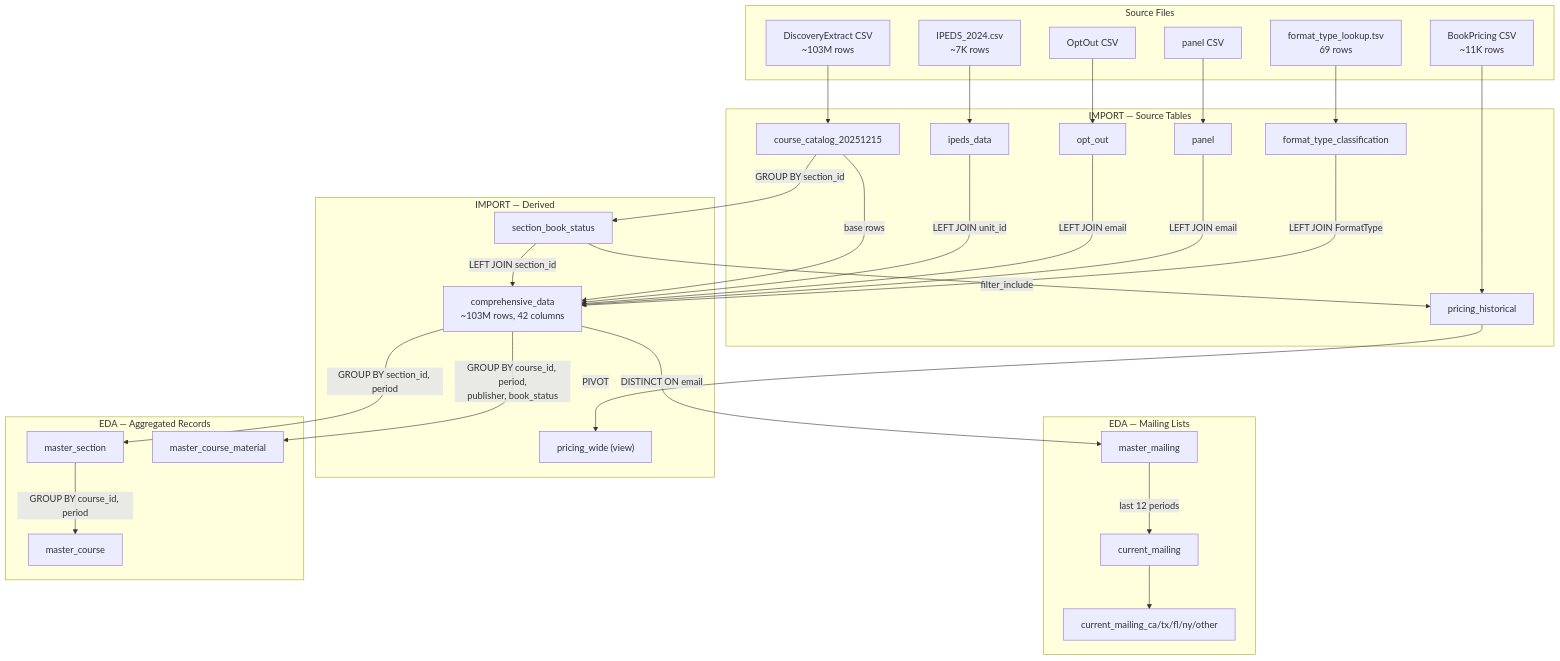
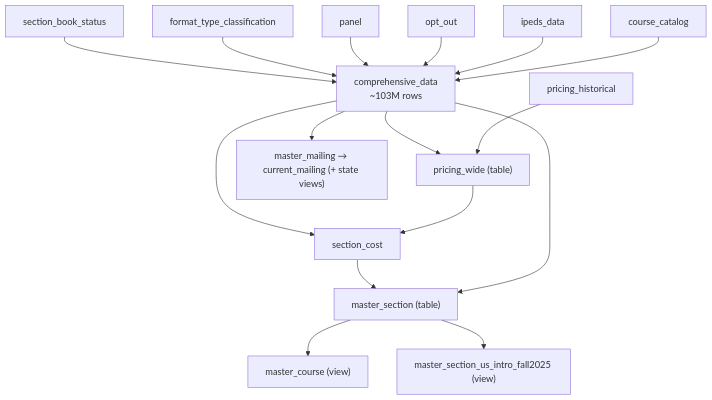
Before and after one commit to christopherseaman/commodoreSQL: the diagram in SCHEMA.md, drawn with Mermaid. The commit also changed other lines of this file and 5 other files, not shown here.

First line of the commit message:
docs: add HANDOFF.md, refresh SCHEMA/README/CLAUDE/dbml, drop stale TODO

````diff
--- a/SCHEMA.md
+++ b/SCHEMA.md
@@ -47,65 +75,18 @@
 ```mermaid
 flowchart TD
-    subgraph sources ["Source Files"]
-        csv_catalog["DiscoveryExtract CSV\n~103M rows"]
-        csv_ipeds["IPEDS_2024.csv\n~7K rows"]
-        csv_optout["OptOut CSV"]
-        csv_panel["panel CSV"]
-        csv_lookup["format_type_lookup.tsv\n69 rows"]
-        csv_pricing["BookPricing CSV\n~11K rows"]
-    end
-
-    subgraph import_tables ["IMPORT — Source Tables"]
-        catalog["course_catalog_20251215"]
-        ipeds["ipeds_data"]
-        optout["opt_out"]
-        panel["panel"]
-        ftc["format_type_classification"]
-        pricing["pricing_historical"]
-    end
-
-    subgraph import_derived ["IMPORT — Derived"]
-        sbs["section_book_status"]
-        pw["pricing_wide (view)"]
-        cd["comprehensive_data\n~103M rows, 42 columns"]
-    end
-
-    subgraph eda_mailing ["EDA — Mailing Lists"]
-        mm["master_mailing"]
-        cm["current_mailing"]
-        cm_states["current_mailing_ca/tx/fl/ny/other"]
-    end
-
-    subgraph eda_records ["EDA — Aggregated Records"]
-        ms["master_section"]
-        mc["master_course"]
-        mcm["master_course_material"]
-    end
-
-    csv_catalog --> catalog
-    csv_ipeds --> ipeds
-    csv_optout --> optout
-    csv_panel --> panel
-    csv_lookup --> ftc
-    csv_pricing --> pricing
-
-    catalog -->|"GROUP BY section_id"| sbs
-
-    catalog -->|"base rows"| cd
-    ipeds -->|"LEFT JOIN unit_id"| cd
-    optout -->|"LEFT JOIN email"| cd
-    panel -->|"LEFT JOIN email"| cd
-    ftc -->|"LEFT JOIN FormatType"| cd
-    sbs -->|"LEFT JOIN section_id"| cd
-
-    sbs -->|"filter_include"| pricing
-    pricing -->|"PIVOT"| pw
-
-    cd -->|"DISTINCT ON email"| mm
-    mm -->|"last 12 periods"| cm
-    cm --> cm_states
-
-    cd -->|"GROUP BY section_id, period"| ms
-    cd -->|"GROUP BY course_id, period,\npublisher, book_status"| mcm
-    ms -->|"GROUP BY course_id, period"| mc
+    catalog["course_catalog"] --> cd["comprehensive_data<br/>~103M rows"]
+    ipeds["ipeds_data"] --> cd
+    optout["opt_out"] --> cd
+    panel["panel"] --> cd
+    ftc["format_type_classification"] --> cd
+    sbs["section_book_status"] --> cd
+    pricing["pricing_historical"] --> pw["pricing_wide (table)"]
+    cd --> pw
+    cd --> ms["master_section (table)"]
+    pw --> sc["section_cost"]
+    cd --> sc
+    sc --> ms
+    ms --> mc["master_course (view)"]
+    ms --> usv["master_section_us_intro_fall2025 (view)"]
+    cd --> mm["master_mailing → current_mailing (+ state views)"]
 ```
````
